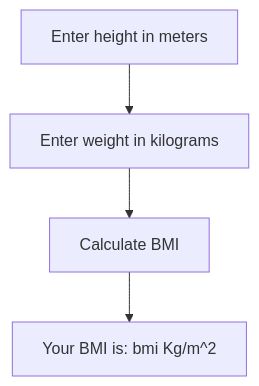
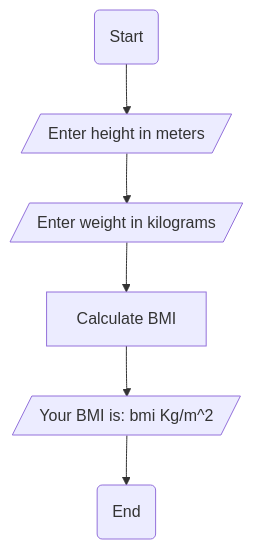
The diagram in ETS1303_15_TESFAMICHAEL_TAFERE/Q#1.md (SWEG-2015EC-Batch/Code-Warrior), drawn with Mermaid before and after one commit. The commit also changed other lines of this file, not shown here.

````diff
--- a/ETS1303_15_TESFAMICHAEL_TAFERE/Q#1.md
+++ b/ETS1303_15_TESFAMICHAEL_TAFERE/Q#1.md
@@ -5,8 +5,7 @@
 ```mermaid 
-
-graph TD
-A[Enter height in meters] --> B[Enter weight in kilograms]
-B --> C[Calculate BMI]
-C --> D[Your BMI is: bmi Kg/m^2]
-
+flowchart
+    A(Start) --> B[/Enter height in meters/] --> C[/Enter weight in kilograms/]
+    C --> D[Calculate BMI]
+    D --> E[/Your BMI is: bmi Kg/m^2/]
+    E --> F(End)
 ```
````
